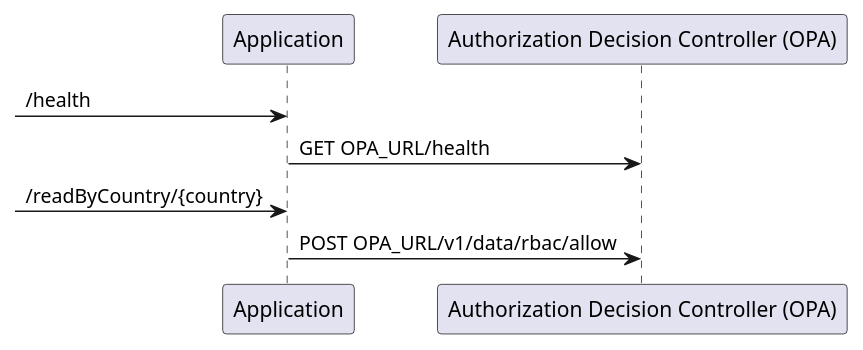
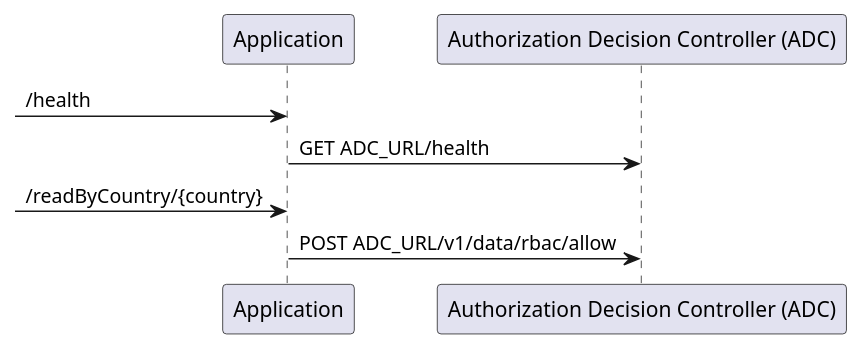
The diagram in samples/spring-security-cas/images/casApplication.puml (SAP/cloud-security-services-integration-library), drawn with PlantUML before and after one commit. The commit also changed 3 other files, not shown here.

```diff
--- a/samples/spring-security-cas/images/casApplication.puml
+++ b/samples/spring-security-cas/images/casApplication.puml
@@ -1,9 +1,9 @@
 @startuml
 
 -> Application: /health
-Application -> "Authorization Decision Controller (OPA)" : GET OPA_URL/health
+Application -> "Authorization Decision Controller (ADC)" : GET ADC_URL/health
 
 -> Application: /readByCountry/{country}
-Application -> "Authorization Decision Controller (OPA)" : POST OPA_URL/v1/data/rbac/allow
+Application -> "Authorization Decision Controller (ADC)" : POST ADC_URL/v1/data/rbac/allow
 
 @enduml
```
